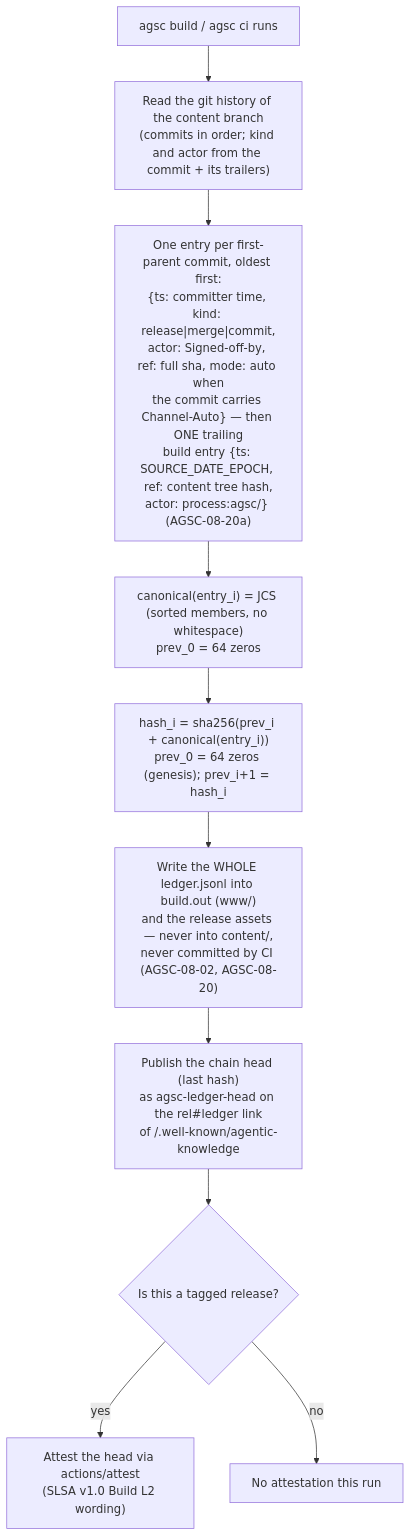
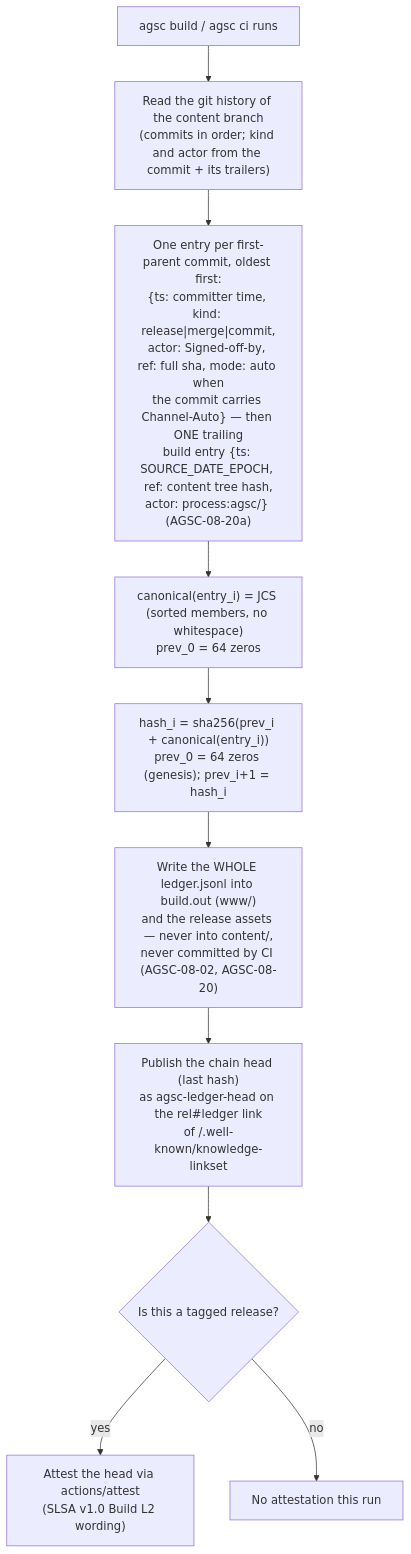
Before and after one commit to andreibesleaga/agentic-system-core: the first of 2 diagrams in docs/diagrams/algo-ledger.md, drawn with Mermaid. The commit also changed other lines of this file and 41 other files, not shown here.

````diff
--- a/docs/diagrams/algo-ledger.md
+++ b/docs/diagrams/algo-ledger.md
@@ -5,12 +5,12 @@
 ```mermaid
 flowchart TD
   A["agsc build / agsc ci runs"] --> B["Read the git history of the content branch\n(commits in order; kind and actor from the commit + its trailers)"]
   B --> C["One entry per first-parent commit, oldest first:\n{ts: committer time, kind: release|merge|commit,\nactor: Signed-off-by, ref: full sha, mode: auto when\nthe commit carries Channel-Auto} — then ONE trailing\nbuild entry {ts: SOURCE_DATE_EPOCH, ref: content tree hash,\nactor: process:agsc/<version>} (AGSC-08-20a)"]
   C --> D["canonical(entry_i) = JCS (sorted members, no whitespace)\nprev_0 = 64 zeros"]
   D --> E["hash_i = sha256(prev_i + canonical(entry_i))\nprev_0 = 64 zeros (genesis); prev_i+1 = hash_i"]
   E --> F["Write the WHOLE ledger.jsonl into build.out (www/)\nand the release assets — never into content/,\nnever committed by CI (AGSC-08-02, AGSC-08-20)"]
-  F --> G["Publish the chain head (last hash)\nas agsc-ledger-head on the rel#ledger link\nof /.well-known/agentic-knowledge"]
+  F --> G["Publish the chain head (last hash)\nas agsc-ledger-head on the rel#ledger link\nof /.well-known/knowledge-linkset"]
   G --> H{"Is this a tagged release?"}
   H -- yes --> I["Attest the head via actions/attest\n(SLSA v1.0 Build L2 wording)"]
   H -- no --> J["No attestation this run"]
 ```
````
